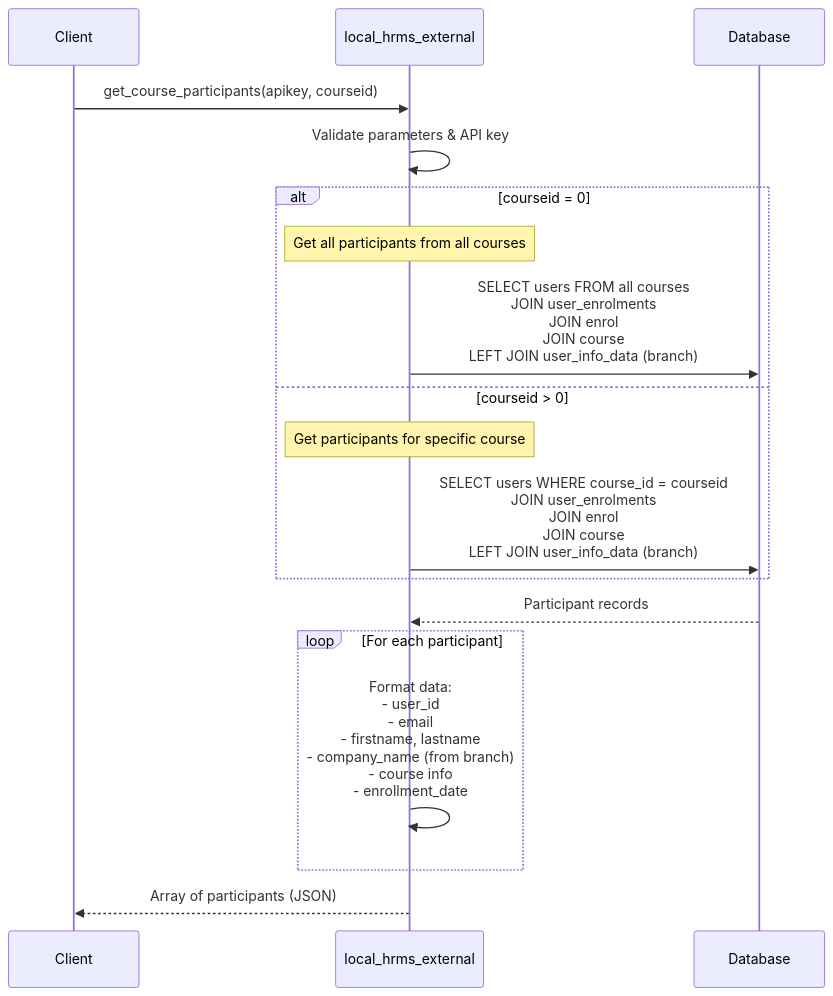
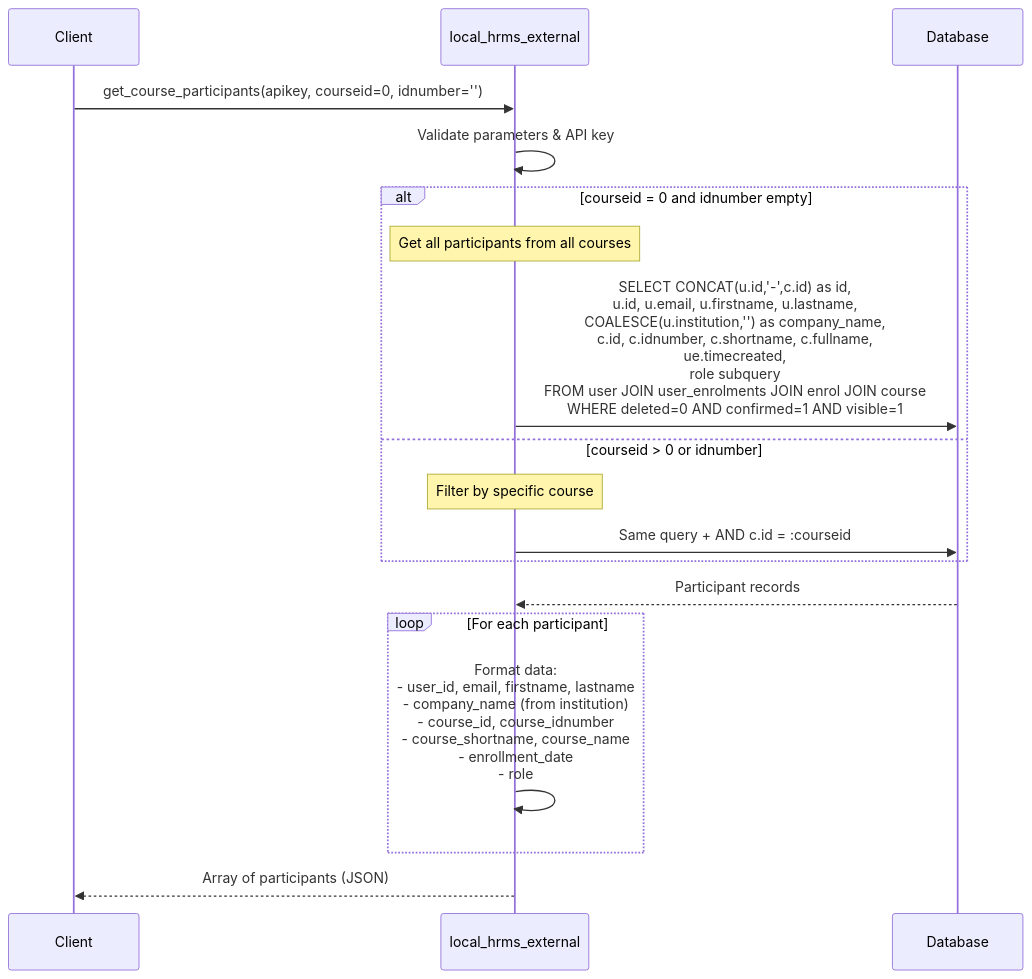
Before and after one commit to toosa/moodle-hrms: the fifth of 21 diagrams in DIAGRAMS.md, drawn with Mermaid. The commit also changed other lines of this file and 1 other file, not shown here.

First line of the commit message:
Refactor and expand sequence diagrams in DIAGRAMS.md

````diff
--- a/DIAGRAMS.md
+++ b/DIAGRAMS.md
@@ -176,26 +192,26 @@
 ```mermaid
 sequenceDiagram
     participant Client
     participant API as local_hrms_external
     participant DB as Database
     
-    Client->>API: get_course_participants(apikey, courseid)
+    Client->>API: get_course_participants(apikey, courseid=0, idnumber='')
     
     API->>API: Validate parameters & API key
     
-    alt courseid = 0
+    alt courseid = 0 and idnumber empty
         Note over API: Get all participants from all courses
-        API->>DB: SELECT users FROM all courses<br/>JOIN user_enrolments<br/>JOIN enrol<br/>JOIN course<br/>LEFT JOIN user_info_data (branch)
-    else courseid > 0
-        Note over API: Get participants for specific course
-        API->>DB: SELECT users WHERE course_id = courseid<br/>JOIN user_enrolments<br/>JOIN enrol<br/>JOIN course<br/>LEFT JOIN user_info_data (branch)
+        API->>DB: SELECT CONCAT(u.id,'-',c.id) as id,<br/>u.id, u.email, u.firstname, u.lastname,<br/>COALESCE(u.institution,'') as company_name,<br/>c.id, c.idnumber, c.shortname, c.fullname,<br/>ue.timecreated,<br/>role subquery<br/>FROM user JOIN user_enrolments JOIN enrol JOIN course<br/>WHERE deleted=0 AND confirmed=1 AND visible=1
+    else courseid > 0 or idnumber
+        Note over API: Filter by specific course
+        API->>DB: Same query + AND c.id = :courseid
     end
     
     DB-->>API: Participant records
     
     loop For each participant
-        API->>API: Format data:<br/>- user_id<br/>- email<br/>- firstname, lastname<br/>- company_name (from branch)<br/>- course info<br/>- enrollment_date
+        API->>API: Format data:<br/>- user_id, email, firstname, lastname<br/>- company_name (from institution)<br/>- course_id, course_idnumber<br/>- course_shortname, course_name<br/>- enrollment_date<br/>- role
     end
     
     API-->>Client: Array of participants (JSON)
 ```
````
